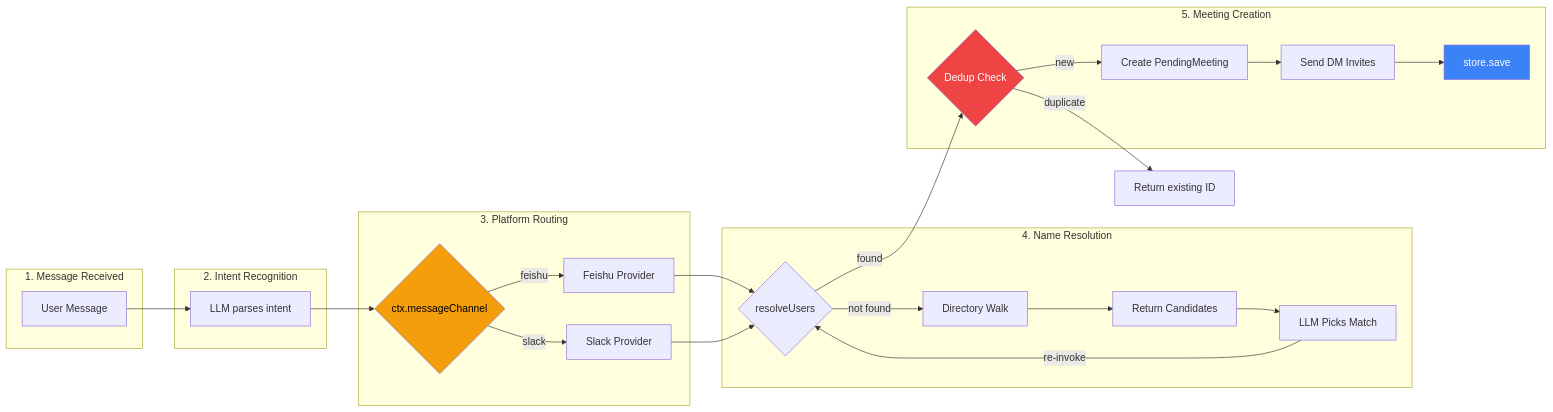
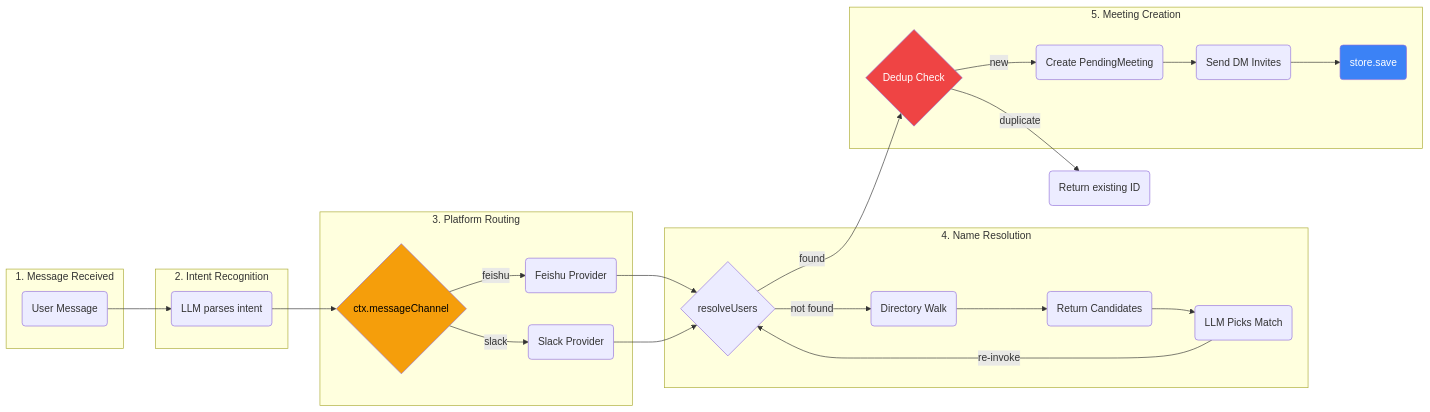
Before and after one commit to javana3/claw_meeting_all: the third of 6 diagrams in README.md, drawn with Mermaid. The commit also changed other lines of this file and 1 other file, not shown here.

First line of the commit message:
docs: split README into EN/CN with rounded Mermaid diagrams

````diff
--- a/README.md
+++ b/README.md
@@ -122,44 +120,44 @@
 ```mermaid
 flowchart LR
     subgraph "1. Message Received"
-        MSG[User Message]
+        MSG(User Message)
     end
 
     subgraph "2. Intent Recognition"
-        LLM[LLM parses intent]
+        LLM(LLM parses intent)
     end
 
     subgraph "3. Platform Routing"
         CTX{ctx.messageChannel}
-        F[Feishu Provider]
-        S[Slack Provider]
+        F(Feishu Provider)
+        S(Slack Provider)
     end
 
     subgraph "4. Name Resolution"
         NR{resolveUsers}
-        DIR[Directory Walk]
-        CAND[Return Candidates]
-        PICK[LLM Picks Match]
+        DIR(Directory Walk)
+        CAND(Return Candidates)
+        PICK(LLM Picks Match)
     end
 
     subgraph "5. Meeting Creation"
         DUP{Dedup Check}
-        PM[Create PendingMeeting]
-        DM[Send DM Invites]
-        SAVE[store.save]
+        PM(Create PendingMeeting)
+        DM(Send DM Invites)
+        SAVE(store.save)
     end
 
     MSG --> LLM --> CTX
     CTX -->|feishu| F
     CTX -->|slack| S
     F --> NR
     S --> NR
     NR -->|found| DUP
     NR -->|not found| DIR --> CAND --> PICK -->|re-invoke| NR
     DUP -->|new| PM --> DM --> SAVE
-    DUP -->|duplicate| RET[Return existing ID]
+    DUP -->|duplicate| RET(Return existing ID)
 
     style CTX fill:#f59e0b,color:#000
     style DUP fill:#ef4444,color:#fff
     style SAVE fill:#3b82f6,color:#fff
 ```
````
